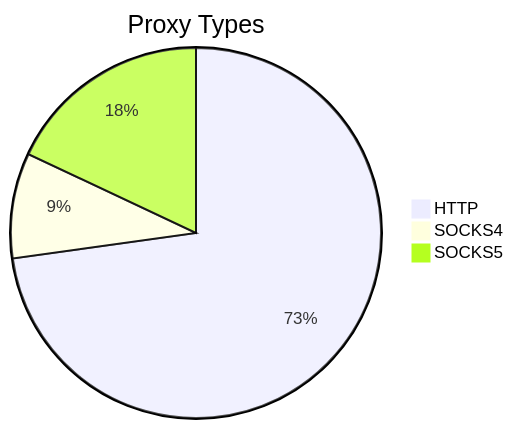
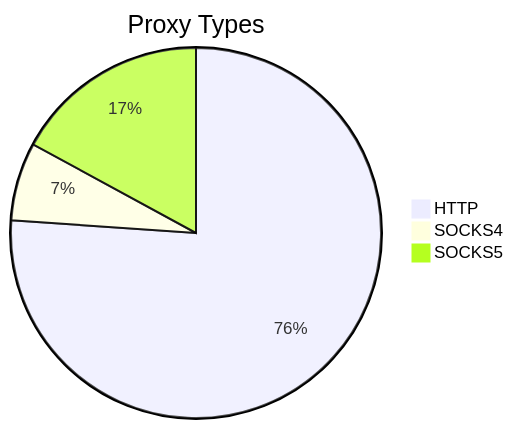
The first of 2 diagrams in README.md (stormsia/proxy-list), drawn with Mermaid before and after one commit. The commit also changed other lines of this file, not shown here.

````diff
--- a/README.md
+++ b/README.md
@@ -21,6 +21,6 @@
 ```mermaid
 pie title Proxy Types
-    "HTTP" : 364
-    "SOCKS4" : 46
-    "SOCKS5" : 90
+    "HTTP" : 312
+    "SOCKS4" : 28
+    "SOCKS5" : 70
 ```
````
